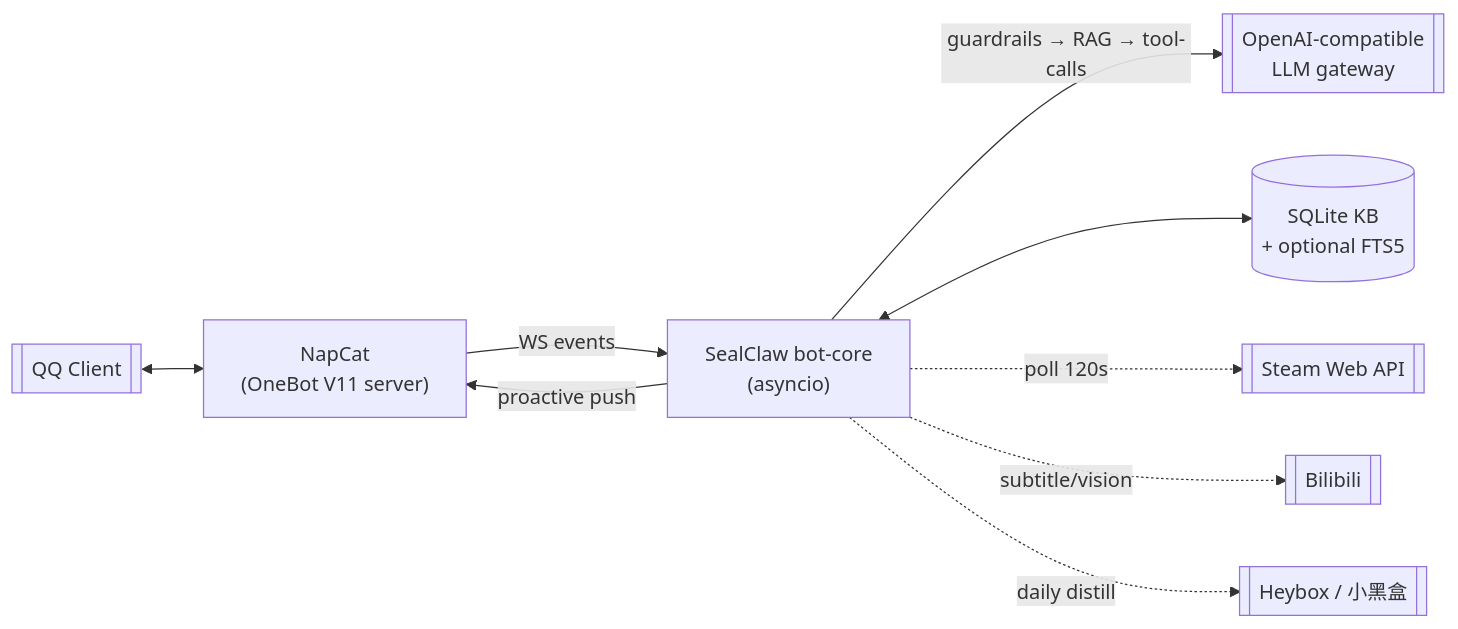
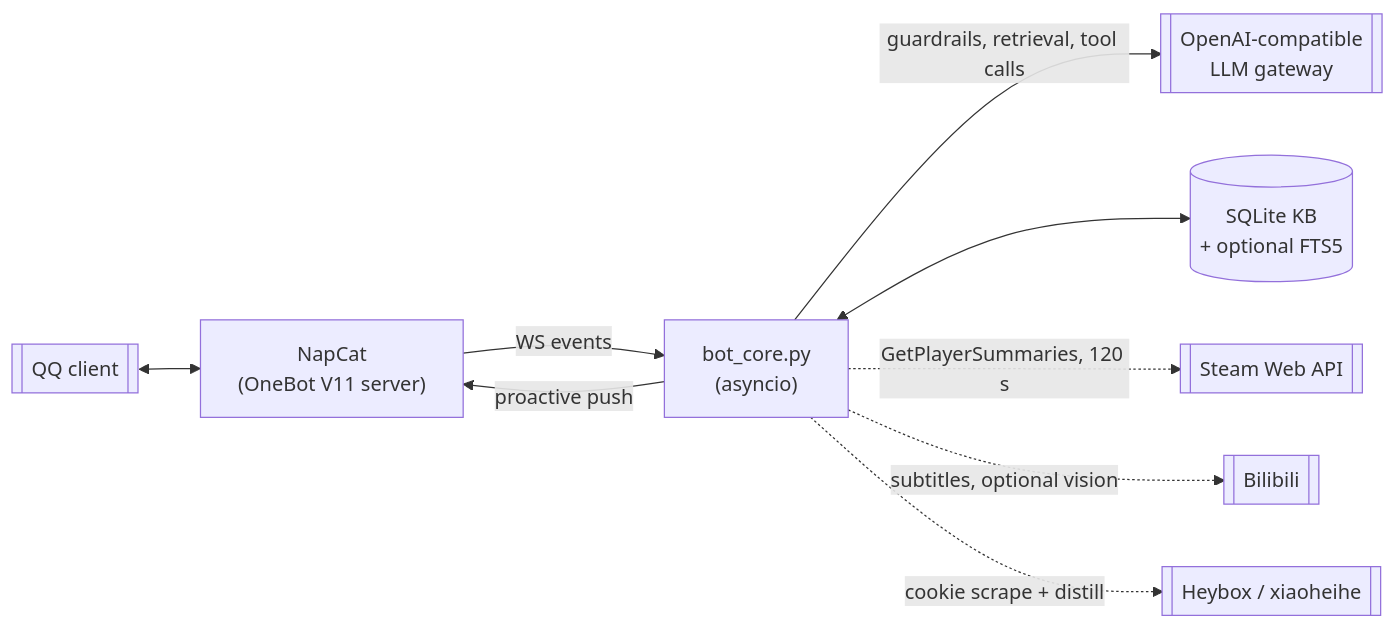
Before and after one commit to Seal-Re/SealClaw: the diagram in README.md, drawn with Mermaid. The commit also changed other lines of this file, not shown here.

````diff
--- a/README.md
+++ b/README.md
@@ -40,20 +23,20 @@
 ```mermaid
 flowchart LR
-    QQ[["QQ Client"]]
+    QQ[["QQ client"]]
     NapCat["NapCat<br/>(OneBot V11 server)"]
-    BotCore["SealClaw bot-core<br/>(asyncio)"]
+    BotCore["bot_core.py<br/>(asyncio)"]
     KB[("SQLite KB<br/>+ optional FTS5")]
     LLM[["OpenAI-compatible<br/>LLM gateway"]]
     Steam[["Steam Web API"]]
     Bili[["Bilibili"]]
-    Heybox[["Heybox / 小黑盒"]]
+    Heybox[["Heybox / xiaoheihe"]]
 
     QQ <--> NapCat
     NapCat -- "WS events" --> BotCore
-    BotCore -- "guardrails → RAG → tool-calls" --> LLM
+    BotCore -- "guardrails, retrieval, tool calls" --> LLM
     BotCore <--> KB
-    BotCore -. poll 120s .-> Steam
-    BotCore -. subtitle/vision .-> Bili
-    BotCore -. daily distill .-> Heybox
+    BotCore -. "GetPlayerSummaries, 120 s" .-> Steam
+    BotCore -. "subtitles, optional vision" .-> Bili
+    BotCore -. "cookie scrape + distill" .-> Heybox
     BotCore -- "proactive push" --> NapCat
 ```
````
